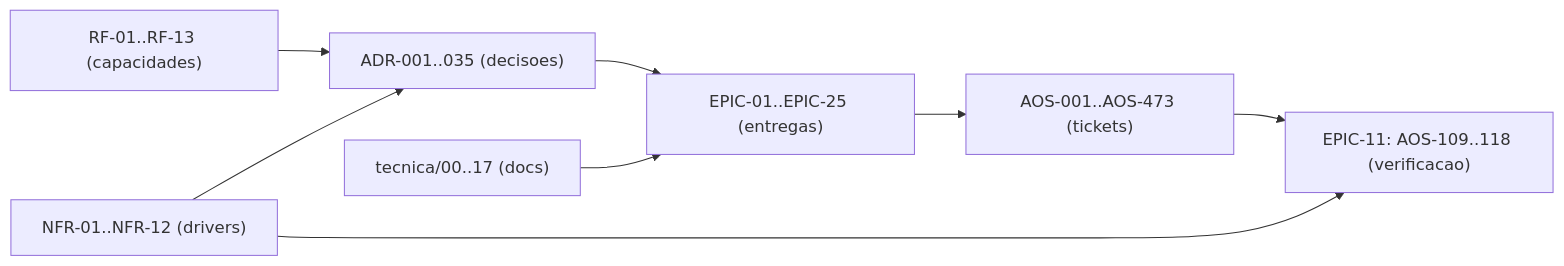
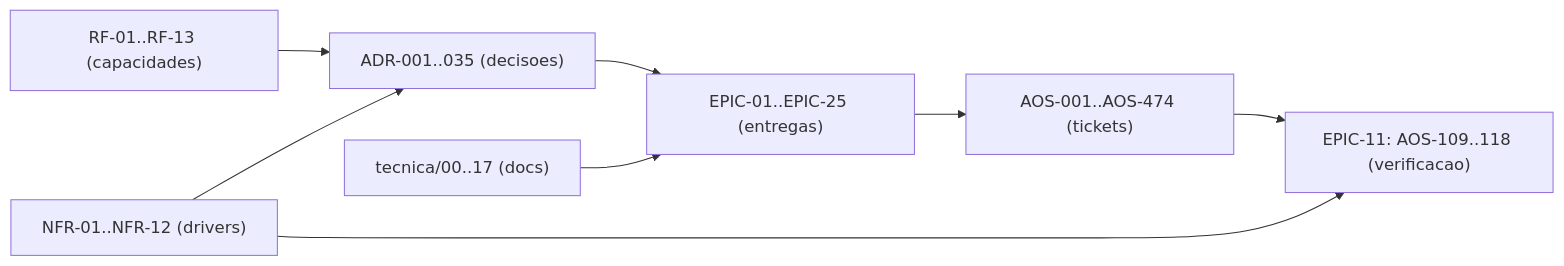
One commit to albinoJimy/aos changed the diagram in tecnica/16_Rastreabilidade_RTM.md. Above: the diagram before and after it, drawn with Mermaid. The commit also changed other lines of this file and 6 other files, not shown here.

````diff
--- a/tecnica/16_Rastreabilidade_RTM.md
+++ b/tecnica/16_Rastreabilidade_RTM.md
@@ -202,10 +202,10 @@
 ```mermaid
 flowchart LR
     RF["RF-01..RF-13 (capacidades)"] --> ADR["ADR-001..035 (decisoes)"]
     NFR["NFR-01..NFR-12 (drivers)"] --> ADR
     ADR --> EPIC["EPIC-01..EPIC-25 (entregas)"]
-    EPIC --> TICK["AOS-001..AOS-473 (tickets)"]
+    EPIC --> TICK["AOS-001..AOS-474 (tickets)"]
     DOC["tecnica/00..17 (docs)"] --> EPIC
     TICK --> TEST["EPIC-11: AOS-109..118 (verificacao)"]
     NFR --> TEST
 ```
````
